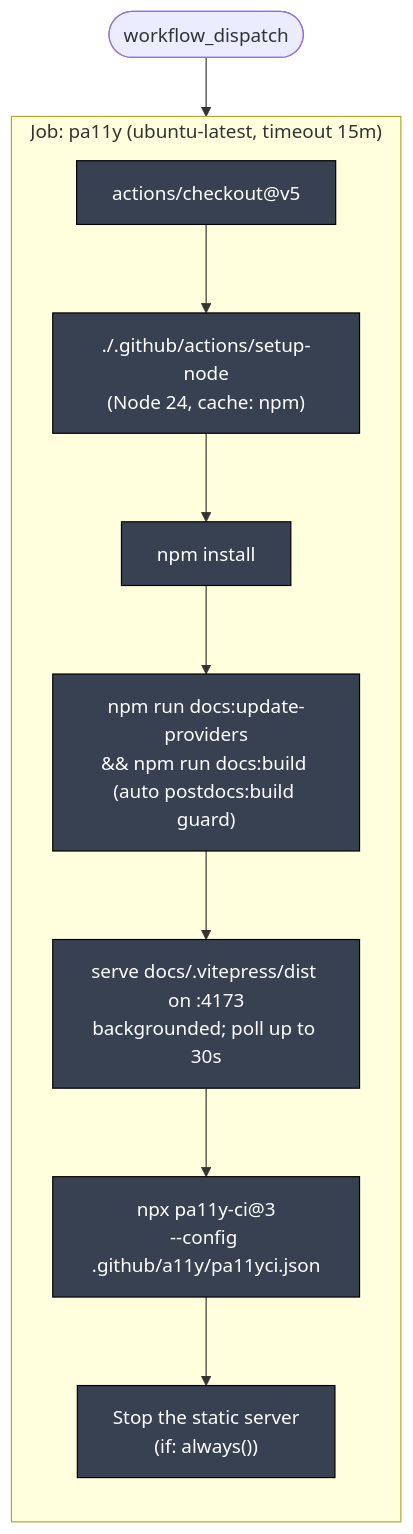
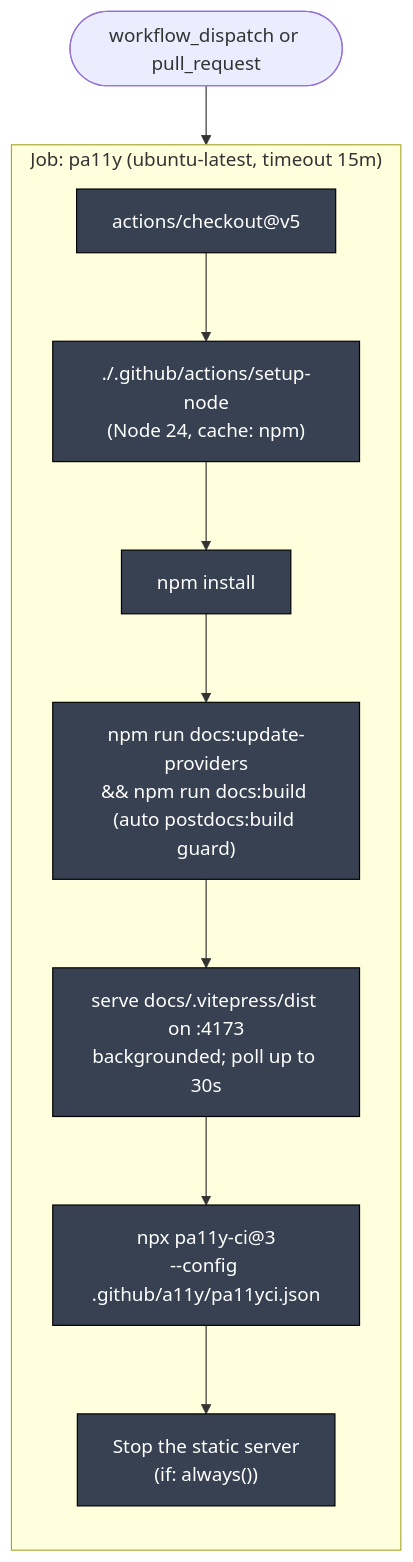
The third of 10 diagrams in .github/docs/A11Y_DOCS_DEEP_DIVE.md (llm-exe/llm-exe), drawn with Mermaid before and after one commit. The commit also changed other lines of this file and 3 other files, not shown here.

Commit message:
docs: sync a11y-docs deep dive after pull_request trigger change

````diff
--- a/.github/docs/A11Y_DOCS_DEEP_DIVE.md
+++ b/.github/docs/A11Y_DOCS_DEEP_DIVE.md
@@ -102,20 +106,20 @@
 ```mermaid
 flowchart TB
     classDef job fill:#1e3a8a,color:#fff,stroke:#000
     classDef step fill:#374151,color:#fff,stroke:#000
 
-    start([workflow_dispatch])
+    start([workflow_dispatch or pull_request])
     start --> J
 
     subgraph J["Job: pa11y (ubuntu-latest, timeout 15m)"]
         direction TB
         s1["actions/checkout@v5"]:::step
         s2["./.github/actions/setup-node\n(Node 24, cache: npm)"]:::step
         s3["npm install"]:::step
         s4["npm run docs:update-providers\n&& npm run docs:build (auto postdocs:build guard)"]:::step
         s5["serve docs/.vitepress/dist on :4173\nbackgrounded; poll up to 30s"]:::step
         s6["npx pa11y-ci@3\n--config .github/a11y/pa11yci.json"]:::step
         s7["Stop the static server\n(if: always())"]:::step
         s1 --> s2 --> s3 --> s4 --> s5 --> s6 --> s7
     end
 ```
````
